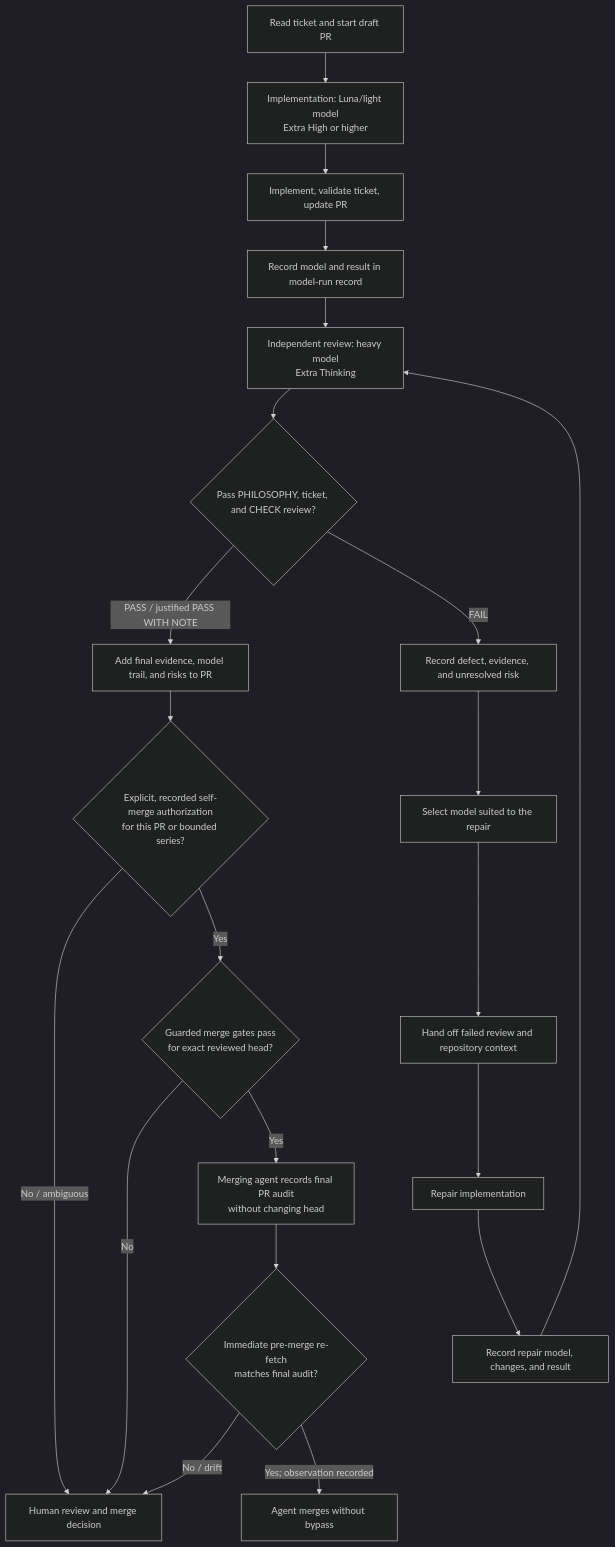
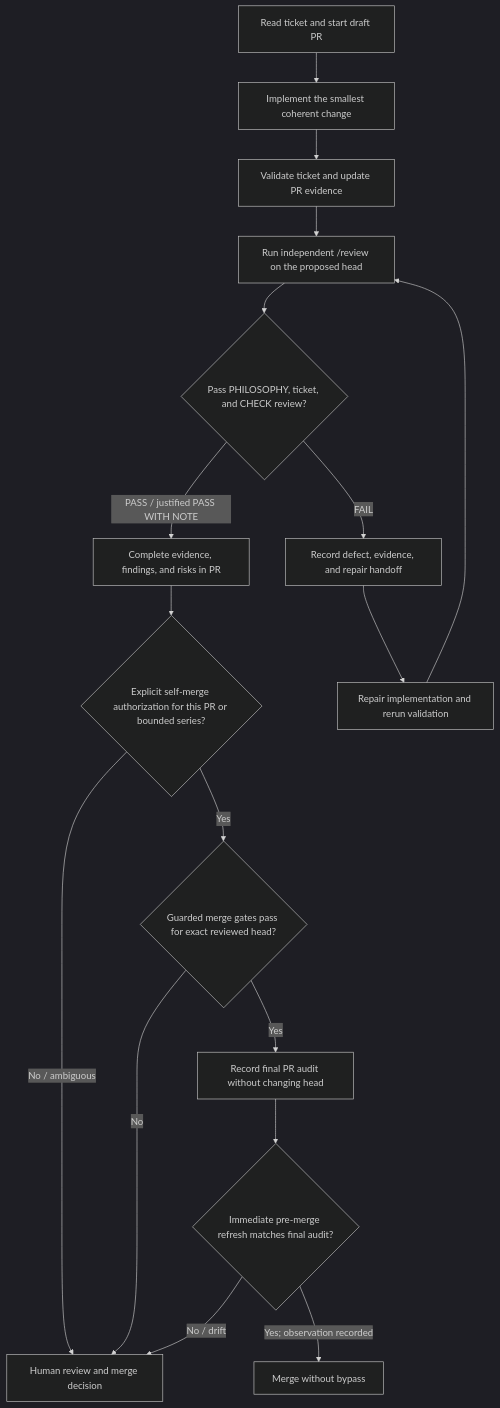
The diagram in docs/agent-model-workflow.md (Ayumu-J-S/llm_scratch), drawn with Mermaid (dark theme) before and after one commit. The commit also changed other lines of this file and 12 other files, not shown here.

First line of the commit message:
docs: retire agent model provenance tracking (#44)

````diff
--- a/docs/agent-model-workflow.md
+++ b/docs/agent-model-workflow.md
@@ -68,23 +61,19 @@
 ```mermaid
 flowchart TD
-    A["Read ticket and start draft PR"] --> B["Implementation: Luna/light model<br/>Extra High or higher"]
-    B --> C["Implement, validate ticket, update PR"]
-    C --> D["Record model and result in model-run record"]
-    D --> E["Independent review: heavy model<br/>Extra Thinking"]
-    E --> F{"Pass PHILOSOPHY, ticket, and CHECK review?"}
-    F -->|"PASS / justified PASS WITH NOTE"| G["Add final evidence, model trail, and risks to PR"]
-    F -->|"FAIL"| H["Record defect, evidence, and unresolved risk"]
-    H --> I["Select model suited to the repair"]
-    I --> J["Hand off failed review and repository context"]
-    J --> K["Repair implementation"]
-    K --> L["Record repair model, changes, and result"]
-    L --> E
-    G --> M{"Explicit, recorded self-merge authorization<br/>for this PR or bounded series?"}
-    M -->|"No / ambiguous"| N["Human review and merge decision"]
-    M -->|"Yes"| O{"Guarded merge gates pass<br/>for exact reviewed head?"}
-    O -->|"No"| N
-    O -->|"Yes"| P["Merging agent records final PR audit<br/>without changing head"]
-    P --> R{"Immediate pre-merge re-fetch<br/>matches final audit?"}
-    R -->|"No / drift"| N
-    R -->|"Yes; observation recorded"| Q["Agent merges without bypass"]
+    A["Read ticket and start draft PR"] --> B["Implement the smallest coherent change"]
+    B --> C["Validate ticket and update PR evidence"]
+    C --> D["Run independent /review on the proposed head"]
+    D --> E{"Pass PHILOSOPHY, ticket, and CHECK review?"}
+    E -->|"PASS / justified PASS WITH NOTE"| F["Complete evidence, findings, and risks in PR"]
+    E -->|"FAIL"| G["Record defect, evidence, and repair handoff"]
+    G --> H["Repair implementation and rerun validation"]
+    H --> D
+    F --> I{"Explicit self-merge authorization for this PR or bounded series?"}
+    I -->|"No / ambiguous"| J["Human review and merge decision"]
+    I -->|"Yes"| K{"Guarded merge gates pass for exact reviewed head?"}
+    K -->|"No"| J
+    K -->|"Yes"| L["Record final PR audit without changing head"]
+    L --> M{"Immediate pre-merge refresh matches final audit?"}
+    M -->|"No / drift"| J
+    M -->|"Yes; observation recorded"| N["Merge without bypass"]
 ```
````
